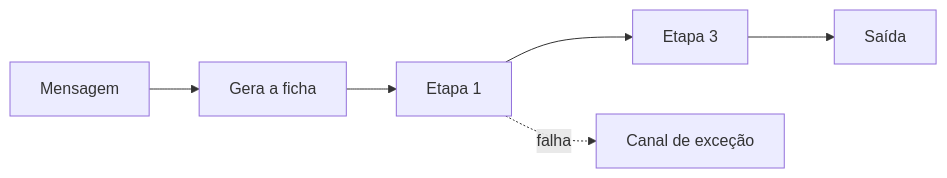
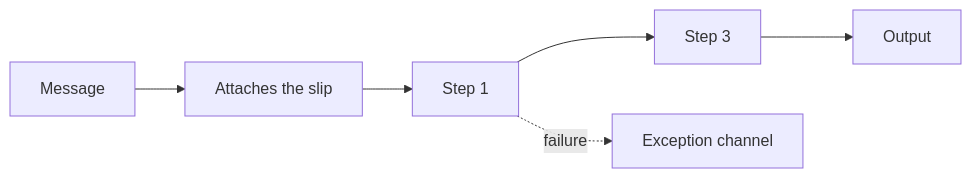
One commit to alancesar/design-patterns changed the diagram in docs/architecture/eip/message-routing/routing-slip.md. Above: the diagram before and after it, drawn with Mermaid. The commit also changed 258 other files, not shown here.

First line of the commit message:
Translate Mermaid diagrams to English

````diff
--- a/docs/architecture/eip/message-routing/routing-slip.md
+++ b/docs/architecture/eip/message-routing/routing-slip.md
@@ -50,8 +50,8 @@
 ```mermaid
 flowchart LR
-    IN["Mensagem"] --> G["Gera a ficha"]
-    G --> E1["Etapa 1"]
-    E1 --> E3["Etapa 3"]
-    E3 --> OUT["Saída"]
-    E1 -.->|"falha"| EX["Canal de exceção"]
+    IN["Message"] --> G["Attaches the slip"]
+    G --> E1["Step 1"]
+    E1 --> E3["Step 3"]
+    E3 --> OUT["Output"]
+    E1 -.->|"failure"| EX["Exception channel"]
 ```
````
